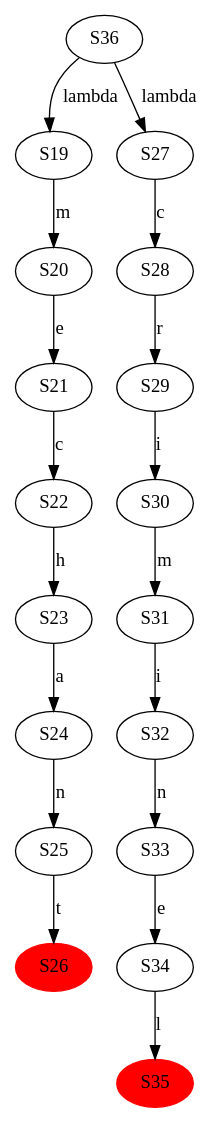
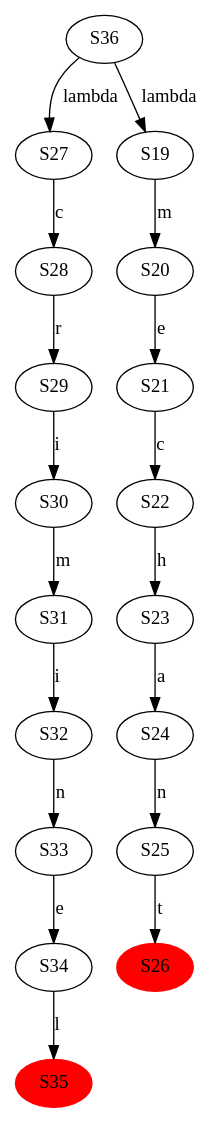
Before and after one commit to Adpa18/RushHell: the diagram in purgatory/etape6/union1.dot, drawn with Graphviz. The commit also changed other lines of this file and 21 other files, not shown here.

```diff
--- a/purgatory/etape6/union1.dot
+++ b/purgatory/etape6/union1.dot
@@ -1,21 +1,21 @@
 digraph fsa {
+  S36 -> S27 [label="lambda"];
   S36 -> S19 [label="lambda"];
-  S36 -> S27 [label="lambda"];
   S19 -> S20 [label="m"];
   S20 -> S21 [label="e"];
   S21 -> S22 [label="c"];
   S22 -> S23 [label="h"];
   S23 -> S24 [label="a"];
   S24 -> S25 [label="n"];
   S25 -> S26 [label="t"];
   S26 [style="filled" color="red"]
   S27 -> S28 [label="c"];
   S28 -> S29 [label="r"];
   S29 -> S30 [label="i"];
   S30 -> S31 [label="m"];
   S31 -> S32 [label="i"];
   S32 -> S33 [label="n"];
   S33 -> S34 [label="e"];
   S34 -> S35 [label="l"];
   S35 [style="filled" color="red"]
 }
```
